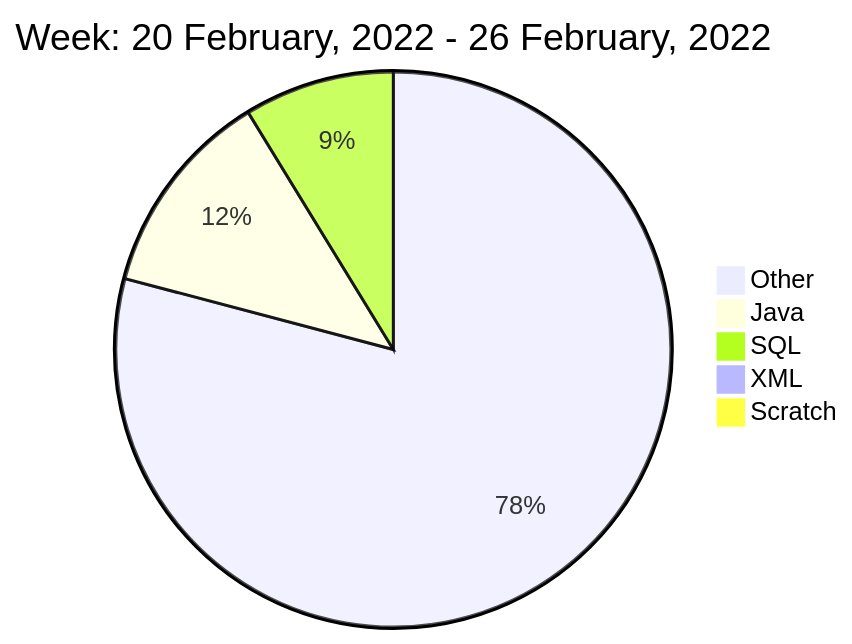
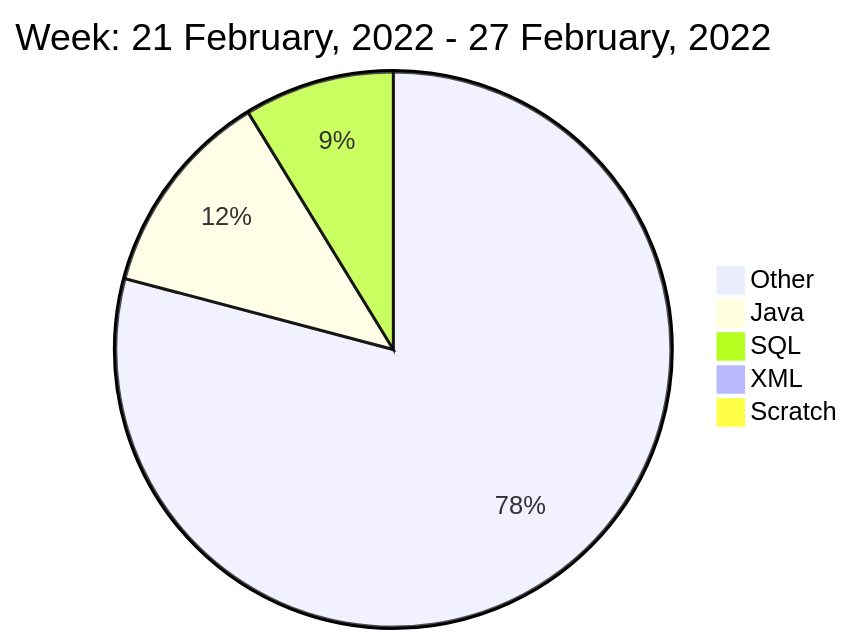
Before and after one commit to liubin95/liubin95: the diagram in README.md, drawn with Mermaid.

Commit message:
Updated the Graph with new Metrics

````diff
--- a/README.md
+++ b/README.md
@@ -42,9 +42,9 @@
 ```mermaid
  pie
-title Week: 20 February, 2022 - 26 February, 2022
+title Week: 21 February, 2022 - 27 February, 2022
  "Other" : 95562.97
  "Java" : 14667.745
  "SQL" : 10562.221
  "XML" : 876.725
  "Scratch" : 377.88
 ```
````
